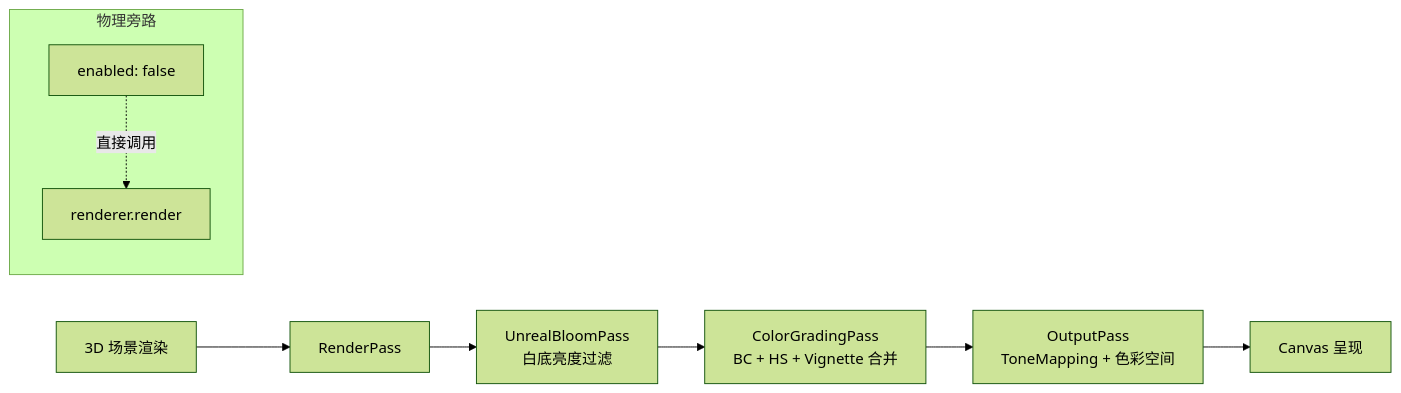
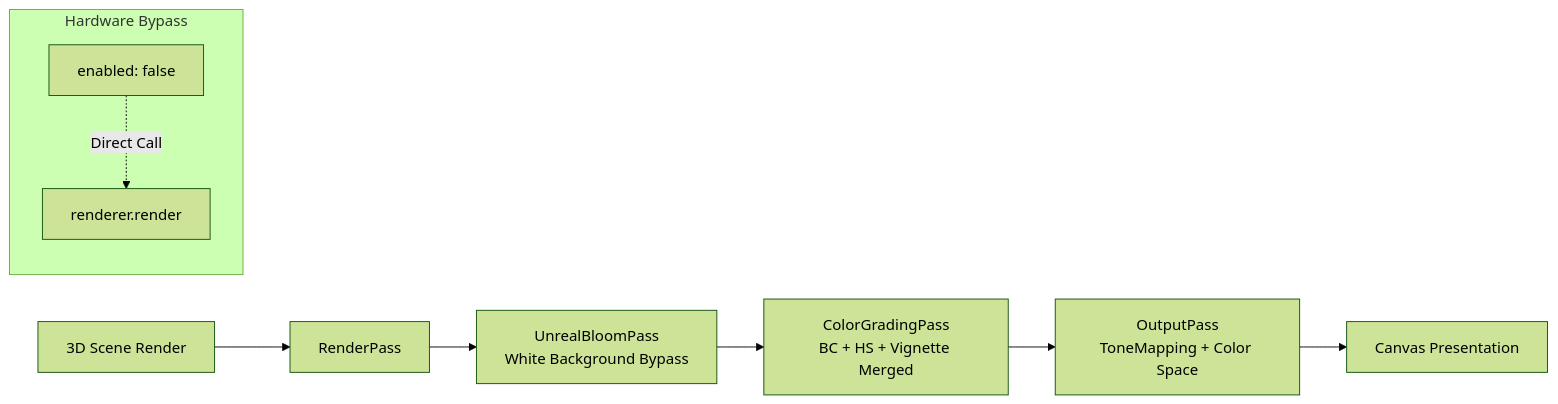
The diagram in docs/POSTFX.md (FireTable/project-xiaochun), drawn with Mermaid (forest theme) before and after one commit. The commit also changed other lines of this file and 7 other files, not shown here.

Commit message:
docs: translate all technical architecture documentation to English

````diff
--- a/docs/POSTFX.md
+++ b/docs/POSTFX.md
@@ -18,12 +18,12 @@
 ```mermaid
 graph LR
-    Scene[3D 场景渲染] --> RenderPass
-    RenderPass --> Bloom[UnrealBloomPass<br/>白底亮度过滤]
-    Bloom --> Grading[ColorGradingPass<br/>BC + HS + Vignette 合并]
-    Grading --> OutputPass[OutputPass<br/>ToneMapping + 色彩空间]
-    OutputPass --> Screen[Canvas 呈现]
+    Scene[3D Scene Render] --> RenderPass
+    RenderPass --> Bloom[UnrealBloomPass<br/>White Background Bypass]
+    Bloom --> Grading[ColorGradingPass<br/>BC + HS + Vignette Merged]
+    Grading --> OutputPass[OutputPass<br/>ToneMapping + Color Space]
+    OutputPass --> Screen[Canvas Presentation]
 
-    subgraph 物理旁路
-        Bypass[enabled: false] -. 直接调用 .-> RawRender[renderer.render]
+    subgraph Hardware Bypass
+        Bypass[enabled: false] -. Direct Call .-> RawRender[renderer.render]
     end
 ```
````
